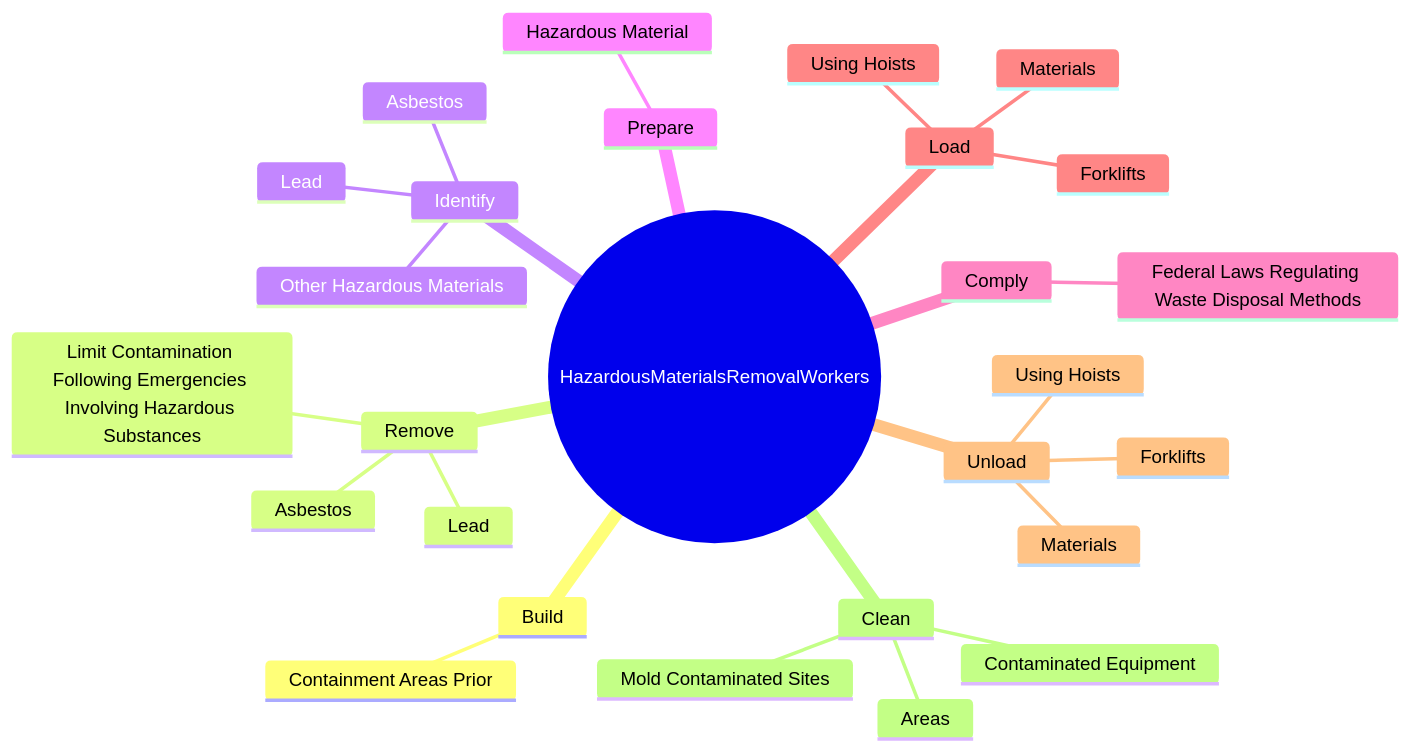
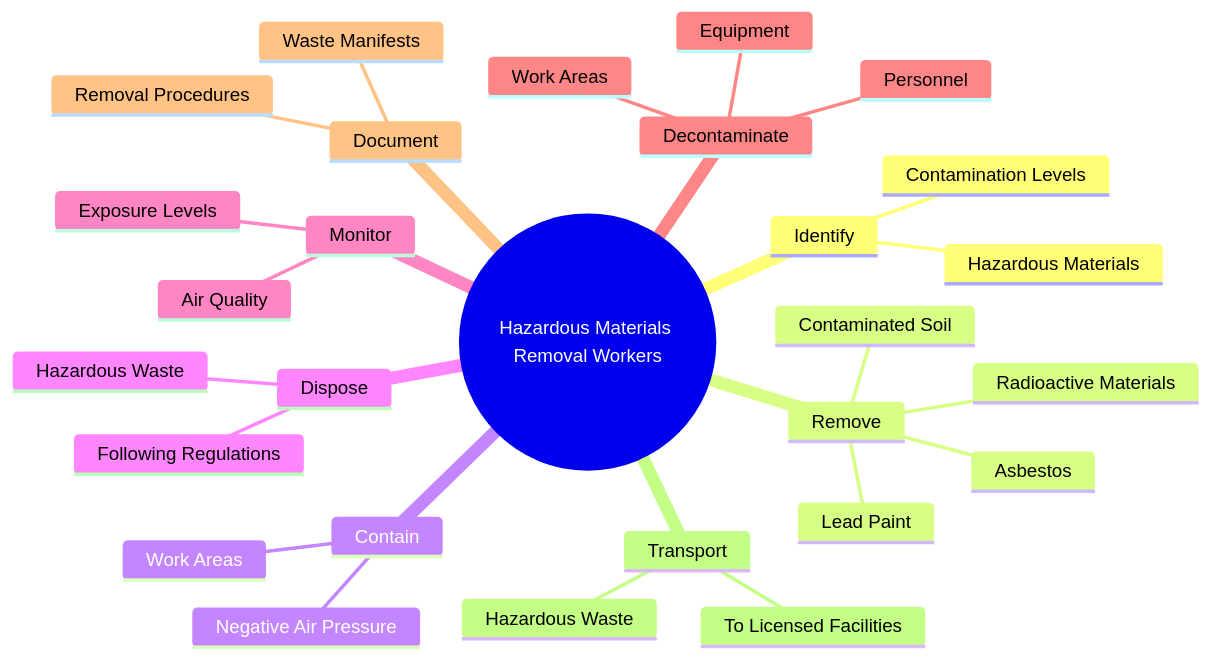
One commit to kziemski/business.org.ai changed the second of 4 diagrams in occupations/Construction/HazardousMaterialsRemovalWorkers.mdx. Above: the diagram before and after it, drawn with Mermaid. The commit also changed other lines of this file and 938 other files, not shown here.

````diff
--- a/occupations/Construction/HazardousMaterialsRemovalWorkers.mdx
+++ b/occupations/Construction/HazardousMaterialsRemovalWorkers.mdx
@@ -37,30 +47,31 @@
 ```mermaid
 mindmap
-    root(("HazardousMaterialsRemovalWorkers"))
-        Build
-            Containment Areas Prior
+    root(("Hazardous Materials Removal Workers"))
+        Identify
+            Hazardous Materials
+            Contamination Levels
         Remove
             Asbestos
-            Lead
-            Limit Contamination Following Emergencies Involving Hazardous Substances
-        Identify
-            Asbestos
-            Lead
-            Other Hazardous Materials
-        Prepare
-            Hazardous Material
-        Comply
-            Federal Laws Regulating Waste Disposal Methods
-        Load
-            Materials
-            Using Hoists
-            Forklifts
-        Unload
-            Materials
-            Using Hoists
-            Forklifts
-        Clean
-            Contaminated Equipment
-            Areas
-            Mold Contaminated Sites
+            Lead Paint
+            Contaminated Soil
+            Radioactive Materials
+        Contain
+            Work Areas
+            Negative Air Pressure
+        Dispose
+            Hazardous Waste
+            Following Regulations
+        Monitor
+            Air Quality
+            Exposure Levels
+        Decontaminate
+            Work Areas
+            Equipment
+            Personnel
+        Document
+            Removal Procedures
+            Waste Manifests
+        Transport
+            Hazardous Waste
+            To Licensed Facilities
 ```
````
